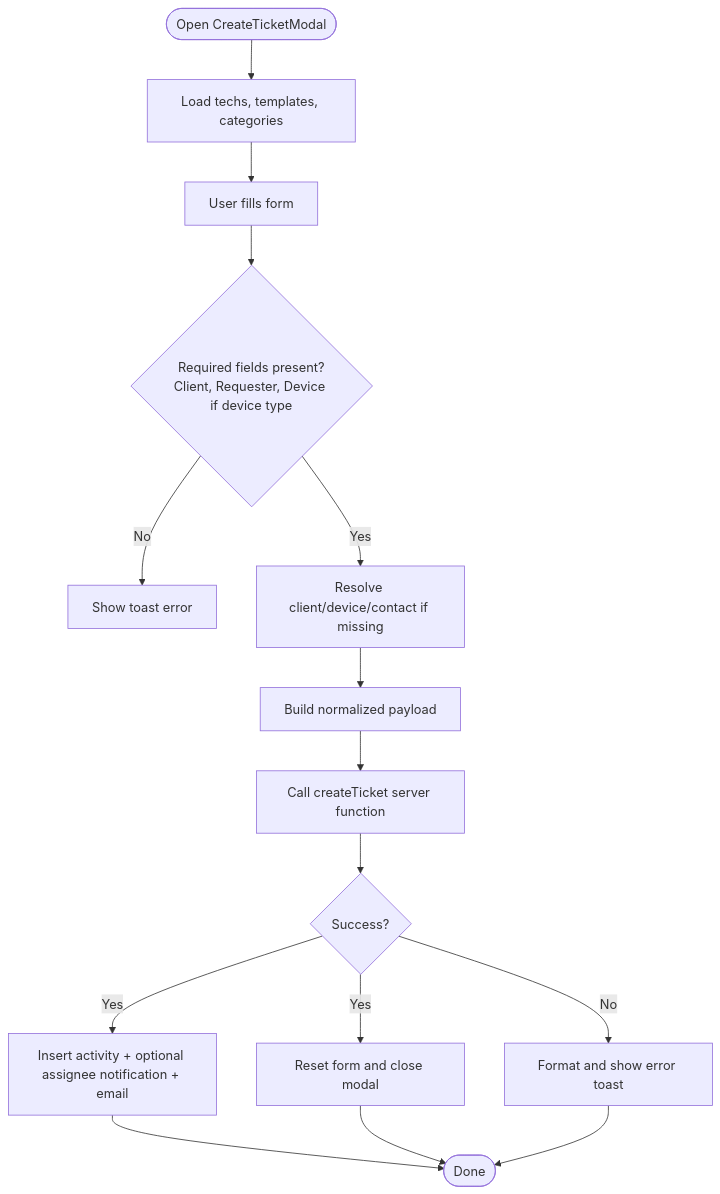
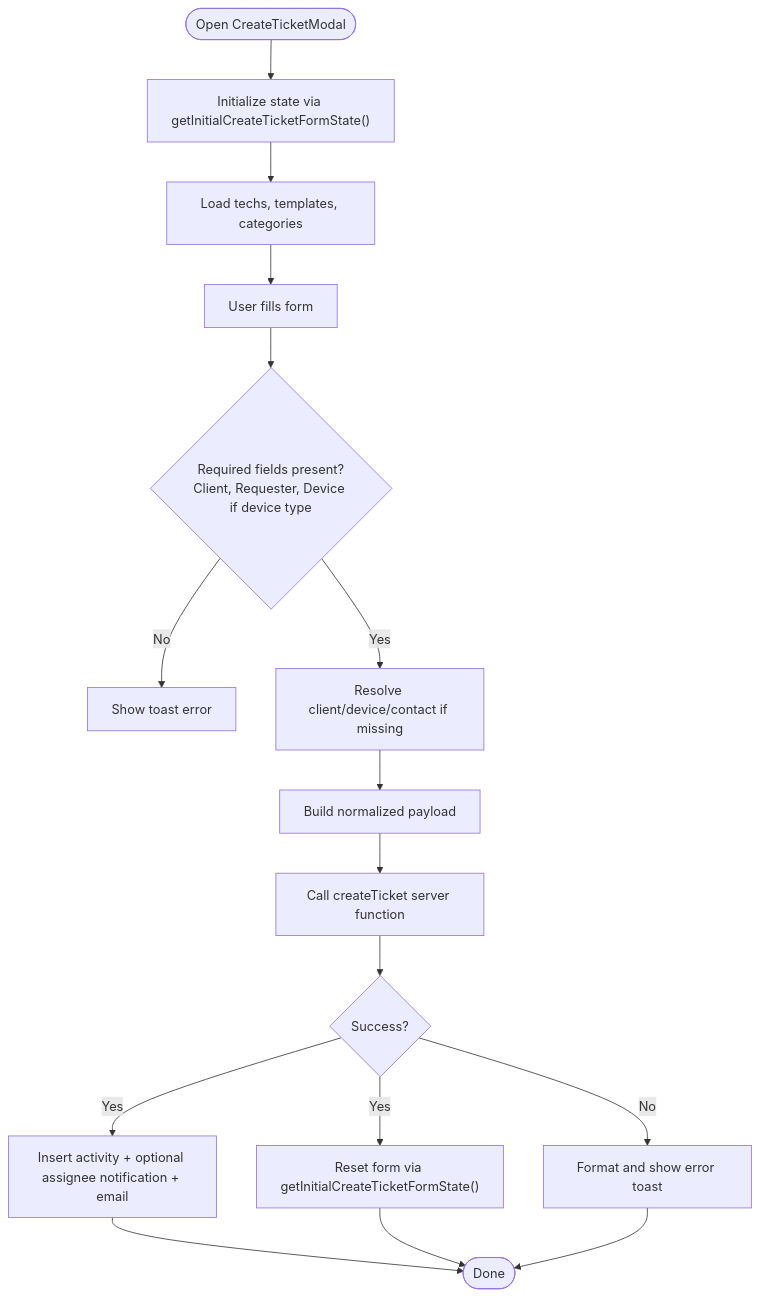
The third of 7 diagrams in .qoder/repowiki/en/content/Ticket Management System/Ticket Creation Workflow.md (gastaldellomarco/pcReady), drawn with Mermaid before and after one commit. The commit also changed other lines of this file and 15 other files, not shown here.

````diff
--- a/.qoder/repowiki/en/content/Ticket Management System/Ticket Creation Workflow.md
+++ b/.qoder/repowiki/en/content/Ticket Management System/Ticket Creation Workflow.md
@@ -145,17 +194,18 @@
 ```mermaid
 flowchart TD
-Start(["Open CreateTicketModal"]) --> Load["Load techs, templates, categories"]
+Start(["Open CreateTicketModal"]) --> InitState["Initialize state via getInitialCreateTicketFormState()"]
+InitState --> Load["Load techs, templates, categories"]
 Load --> Input["User fills form"]
 Input --> Validate{"Required fields present?<br/>Client, Requester, Device if device type"}
 Validate --> |No| Error["Show toast error"]
 Validate --> |Yes| Resolve["Resolve client/device/contact if missing"]
 Resolve --> Build["Build normalized payload"]
 Build --> Submit["Call createTicket server function"]
 Submit --> Success{"Success?"}
 Success --> |Yes| Notify["Insert activity + optional assignee notification + email"]
-Success --> |Yes| Reset["Reset form and close modal"]
+Success --> |Yes| Reset["Reset form via getInitialCreateTicketFormState()"]
 Success --> |No| HandleErr["Format and show error toast"]
 Notify --> End(["Done"])
 Reset --> End
 HandleErr --> End
 ```
````
